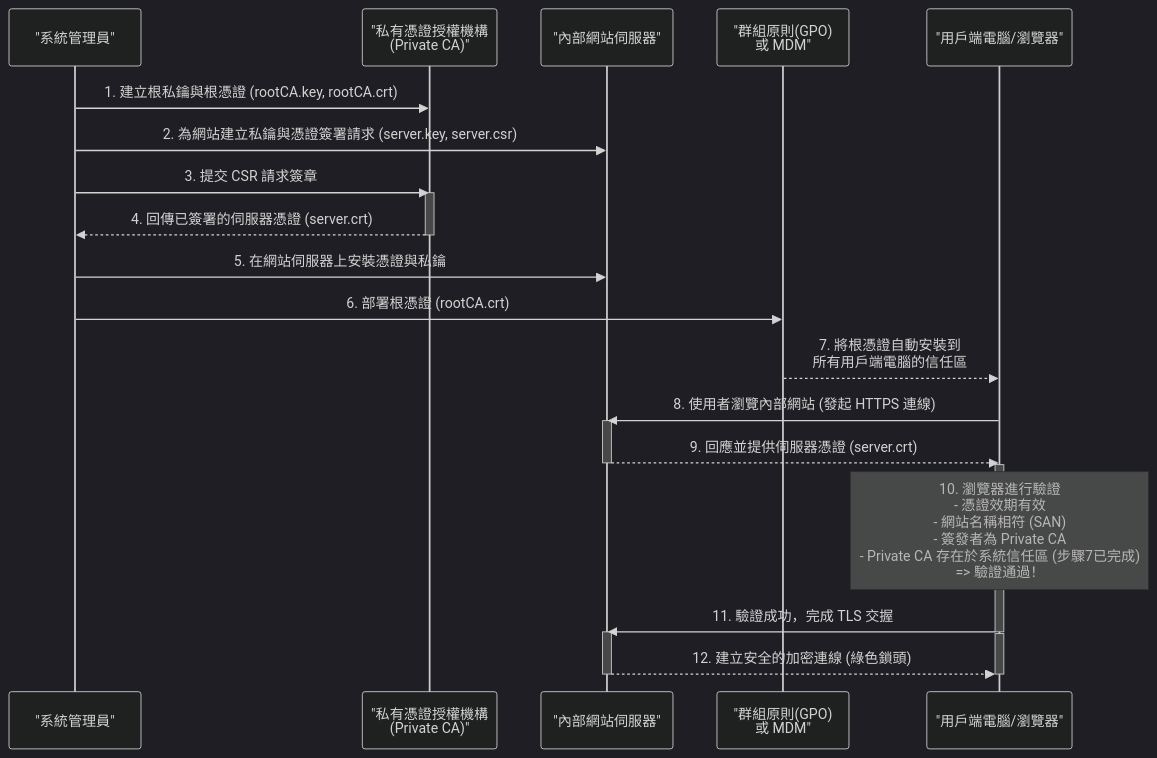
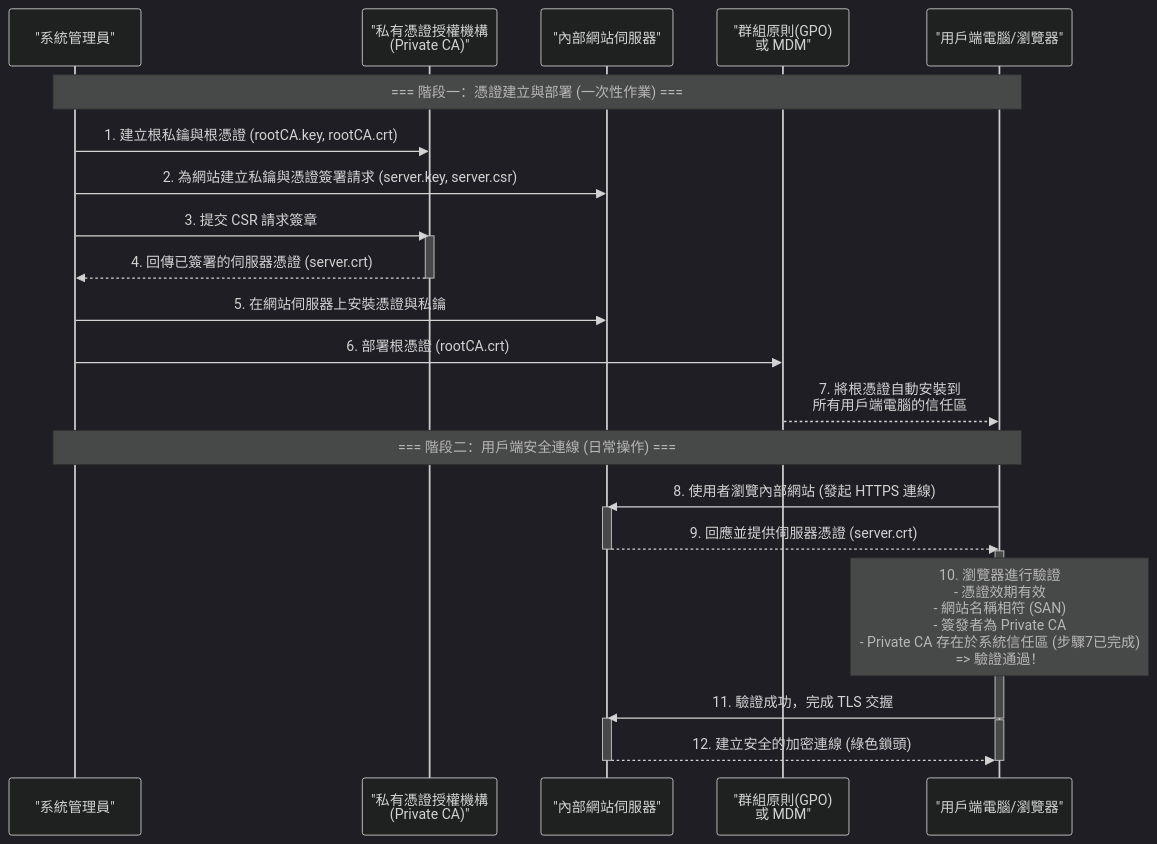
Before and after one commit to robbin0919/C-Lab: the diagram in Intranet_HTTPS所需憑證建立流程.md, drawn with Mermaid (dark theme). The commit also changed other lines of this file, not shown here.

Commit message:
更新內部網路 HTTPS 憑證建立流程文檔，調整階段標題與說明，增強時序圖的可讀性與結構清晰度

````diff
--- a/Intranet_HTTPS所需憑證建立流程.md
+++ b/Intranet_HTTPS所需憑證建立流程.md
@@ -139,36 +139,36 @@
 ```mermaid
 sequenceDiagram
     participant Admin as "系統管理員"
     participant CA as "私有憑證授權機構<br>(Private CA)"
     participant WebServer as "內部網站伺服器"
     participant GPO_MDM as "群組原則(GPO)<br>或 MDM"
     participant Client as "用戶端電腦/瀏覽器"
 
-    %% --- 階段一：憑證建立與部署 (一次性作業) ---
+    Note over Admin, Client: === 階段一：憑證建立與部署 (一次性作業) ===
     Admin->>CA: 1. 建立根私鑰與根憑證 (rootCA.key, rootCA.crt)
     Admin->>WebServer: 2. 為網站建立私鑰與憑證簽署請求 (server.key, server.csr)
     Admin->>CA: 3. 提交 CSR 請求簽章
     activate CA
     CA-->>Admin: 4. 回傳已簽署的伺服器憑證 (server.crt)
     deactivate CA
     Admin->>WebServer: 5. 在網站伺服器上安裝憑證與私鑰
     Admin->>GPO_MDM: 6. 部署根憑證 (rootCA.crt)
     GPO_MDM-->>Client: 7. 將根憑證自動安裝到<br>所有用戶端電腦的信任區
 
-    %% --- 階段二：用戶端安全連線 (日常操作) ---
+    Note over Admin, Client: === 階段二：用戶端安全連線 (日常操作) ===
     Client->>WebServer: 8. 使用者瀏覽內部網站 (發起 HTTPS 連線)
     activate WebServer
     WebServer-->>Client: 9. 回應並提供伺服器憑證 (server.crt)
     deactivate WebServer
 
     activate Client
     Note over Client: 10. 瀏覽器進行驗證<br/>- 憑證效期有效<br/>- 網站名稱相符 (SAN)<br/>- 簽發者為 Private CA<br/>- Private CA 存在於系統信任區 (步驟7已完成)<br/>=> 驗證通過！
     Client->>WebServer: 11. 驗證成功，完成 TLS 交握
     deactivate Client
 
     activate WebServer
     activate Client
     WebServer-->>Client: 12. 建立安全的加密連線 (綠色鎖頭)
     deactivate WebServer
     deactivate Client
 ```
````
